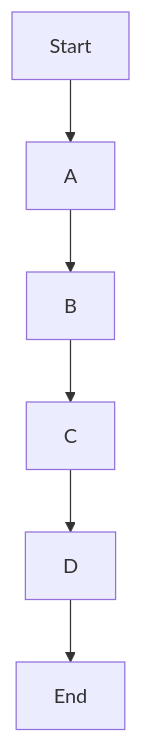
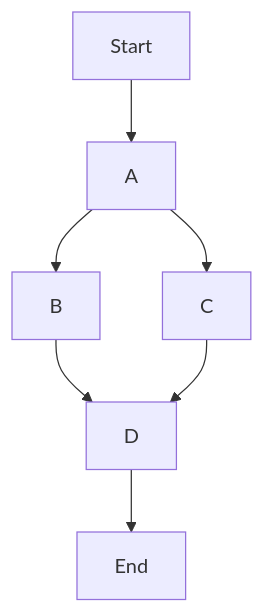
The third of 4 diagrams in github/mermaidsample.md (CNILearn/techconference2022), drawn with Mermaid before and after one commit.

Commit message:
make flowchart more interesting

````diff
--- a/github/mermaidsample.md
+++ b/github/mermaidsample.md
@@ -41,8 +41,9 @@
 ```mermaid	
 flowchart TD
     Start --> A
     A --> B
-    B --> C
+    A --> C
+    B --> D
     C --> D
     D --> End
 ```
````
